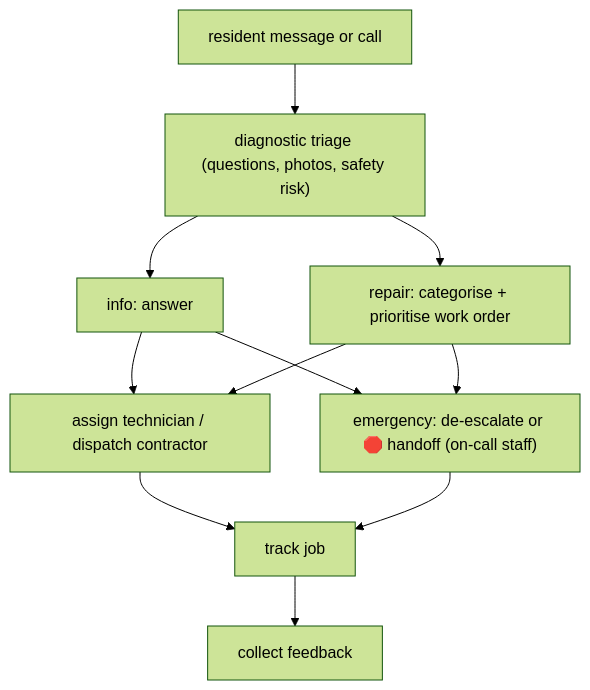
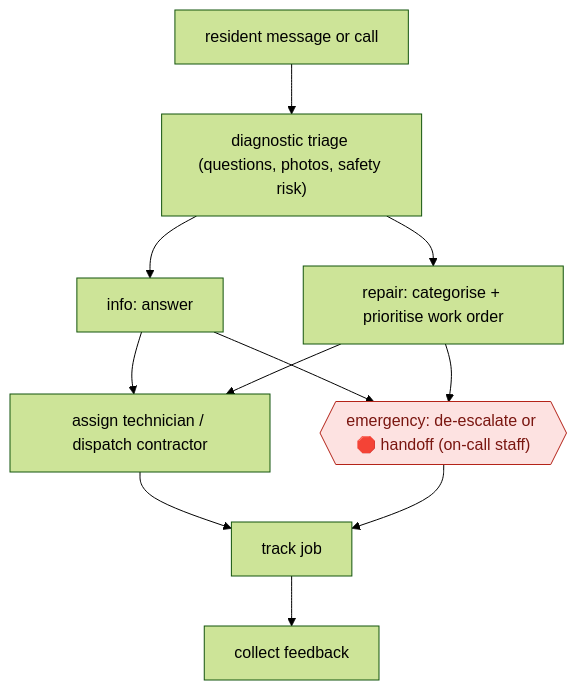
The diagram in workflows/COM/CSX/RESOLVE/resident-maintenance-triage/README.md (milesradford99/agent-workflow-atlas), drawn with Mermaid (forest theme) before and after one commit. The commit also changed 171 other files, not shown here.

````diff
--- a/workflows/COM/CSX/RESOLVE/resident-maintenance-triage/README.md
+++ b/workflows/COM/CSX/RESOLVE/resident-maintenance-triage/README.md
@@ -31,22 +31,22 @@
 ```mermaid
 flowchart TD
   n1["resident message or call"]
   n2["diagnostic triage (questions, photos, safety risk)"]
+  n3["info: answer"]
+  n4["repair: categorise + prioritise work order"]
+  n5["assign technician / dispatch contractor"]
+  n6{{"emergency: de-escalate or 🛑 handoff (on-call staff)"}}:::stop
+  n7["track job"]
+  n8["collect feedback"]
   n1 --> n2
-  n3["info: answer"]
   n2 --> n3
-  n4["repair: categorise + prioritise work order"]
   n2 --> n4
-  n5["assign technician / dispatch contractor"]
   n3 --> n5
   n4 --> n5
-  n6["emergency: de-escalate or 🛑 handoff (on-call staff)"]
   n3 --> n6
   n4 --> n6
-  n7["track job"]
   n5 --> n7
   n6 --> n7
-  n8["collect feedback"]
   n7 --> n8
   classDef stop fill:#fde2e1,stroke:#b42318,color:#7a1610
 ```
````
